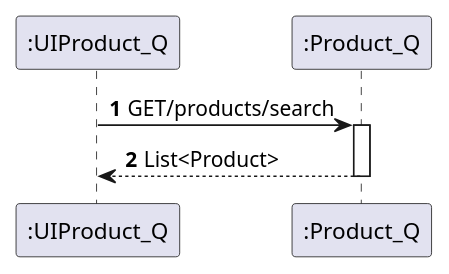
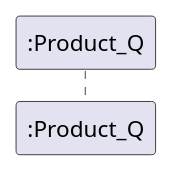
The diagram in Product1_Q/Diagramas/N2/GetSearch.puml (1201441BrunoPereira/Trabalho2Products), drawn with PlantUML before and after one commit. The commit also changed 10 other files, not shown here.

Commit message:
Atualização diagramas

```diff
--- a/Product1_Q/Diagramas/N2/GetSearch.puml
+++ b/Product1_Q/Diagramas/N2/GetSearch.puml
@@ -1,12 +1,9 @@
 @startuml
 'https://plantuml.com/sequence-diagram
 
 autoactivate on
 autonumber
 
-participant ":UIProduct_Q" as pro
-participant ":Product_Q" as pro1
+participant ":Product_Q" as pro
 
-pro -> pro1: GET/products/search
-pro1 --> pro: List<Product>
 @enduml
```
